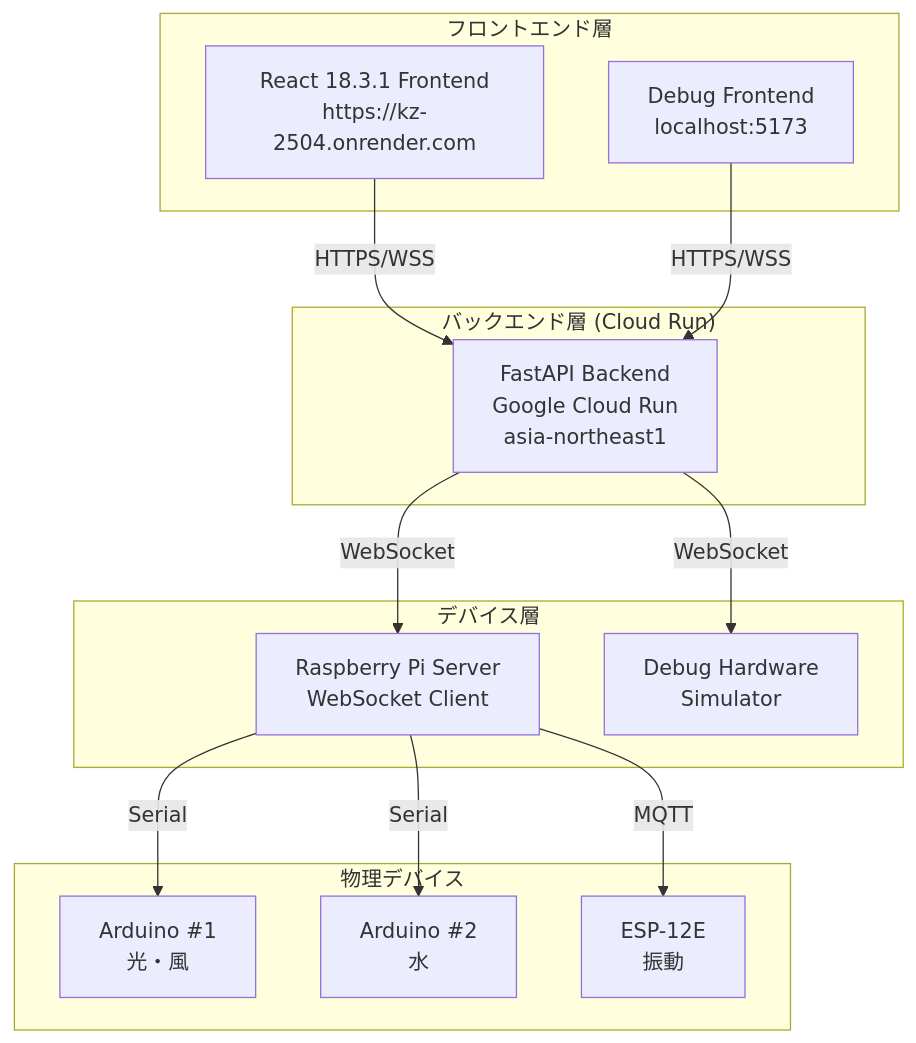
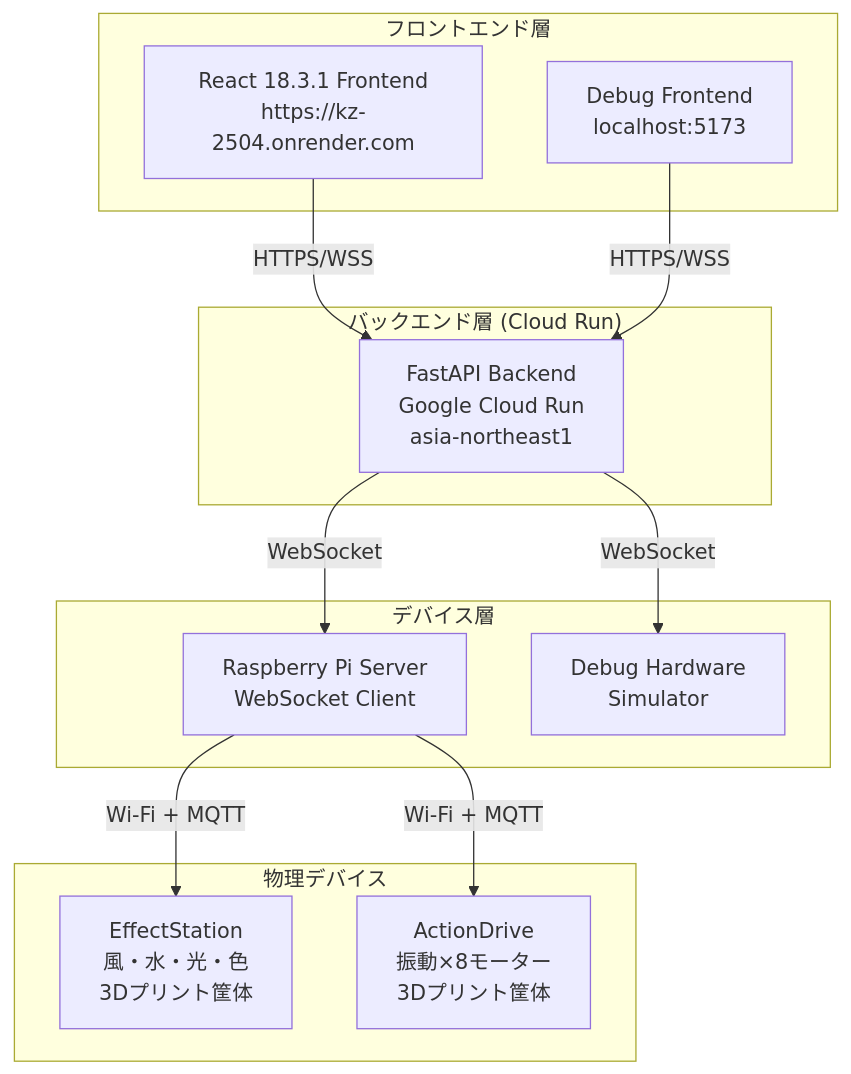
Before and after one commit to jphacks/kz_2504: the diagram in docs/README.md, drawn with Mermaid. The commit also changed other lines of this file and 5 other files, not shown here.

````diff
--- a/docs/README.md
+++ b/docs/README.md
@@ -28,31 +28,29 @@
 ```mermaid
 graph TB
     subgraph "フロントエンド層"
         Frontend[React 18.3.1 Frontend<br/>https://kz-2504.onrender.com]
         DebugFrontend[Debug Frontend<br/>localhost:5173]
     end
     
     subgraph "バックエンド層 (Cloud Run)"
         CloudRun[FastAPI Backend<br/>Google Cloud Run<br/>asia-northeast1]
     end
     
     subgraph "デバイス層"
         RaspberryPi[Raspberry Pi Server<br/>WebSocket Client]
         DebugHardware[Debug Hardware<br/>Simulator]
     end
     
     subgraph "物理デバイス"
-        Arduino1[Arduino #1<br/>光・風]
-        Arduino2[Arduino #2<br/>水]
-        ESP[ESP-12E<br/>振動]
+        EffectStation[EffectStation<br/>風・水・光・色<br/>3Dプリント筐体]
+        ActionDrive[ActionDrive<br/>振動×8モーター<br/>3Dプリント筐体]
     end
     
     Frontend -->|HTTPS/WSS| CloudRun
     DebugFrontend -->|HTTPS/WSS| CloudRun
     CloudRun -->|WebSocket| RaspberryPi
     CloudRun -->|WebSocket| DebugHardware
     
-    RaspberryPi -->|Serial| Arduino1
-    RaspberryPi -->|Serial| Arduino2
-    RaspberryPi -->|MQTT| ESP
+    RaspberryPi -->|Wi-Fi + MQTT| EffectStation
+    RaspberryPi -->|Wi-Fi + MQTT| ActionDrive
 ```
````
